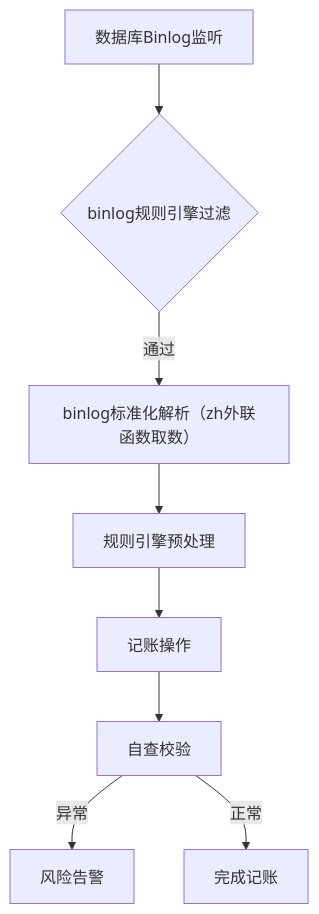
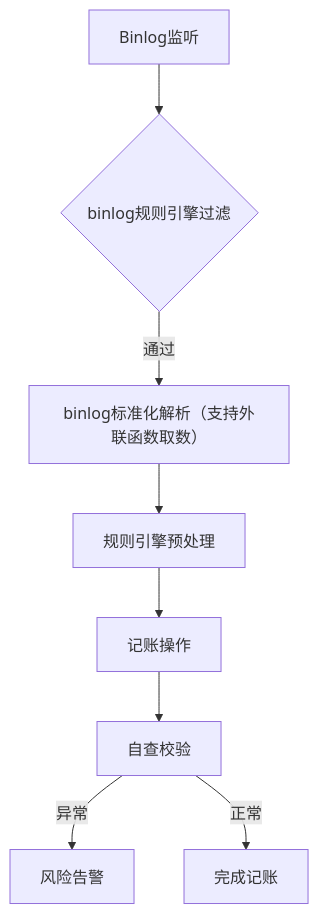
The diagram in all/架构流程.md (87828943/iodraw-files), drawn with Mermaid before and after one commit.

Commit message:
2025-07-07 10:56:34 update

````diff
--- a/all/架构流程.md
+++ b/all/架构流程.md
@@ -1,10 +1,10 @@
 ```mermaid
 graph TD
-    A[数据库Binlog监听] --> B{binlog规则引擎过滤}
-    B -->|通过| C[binlog标准化解析（zh外联函数取数）]
+    A[Binlog监听] --> B{binlog规则引擎过滤}
+    B -->|通过| C[binlog标准化解析（支持外联函数取数）]
     C --> D[规则引擎预处理]
     D --> E[记账操作]
     E --> F[自查校验]
     F -->|异常| G[风险告警]
     F -->|正常| H[完成记账]
 ```
````
